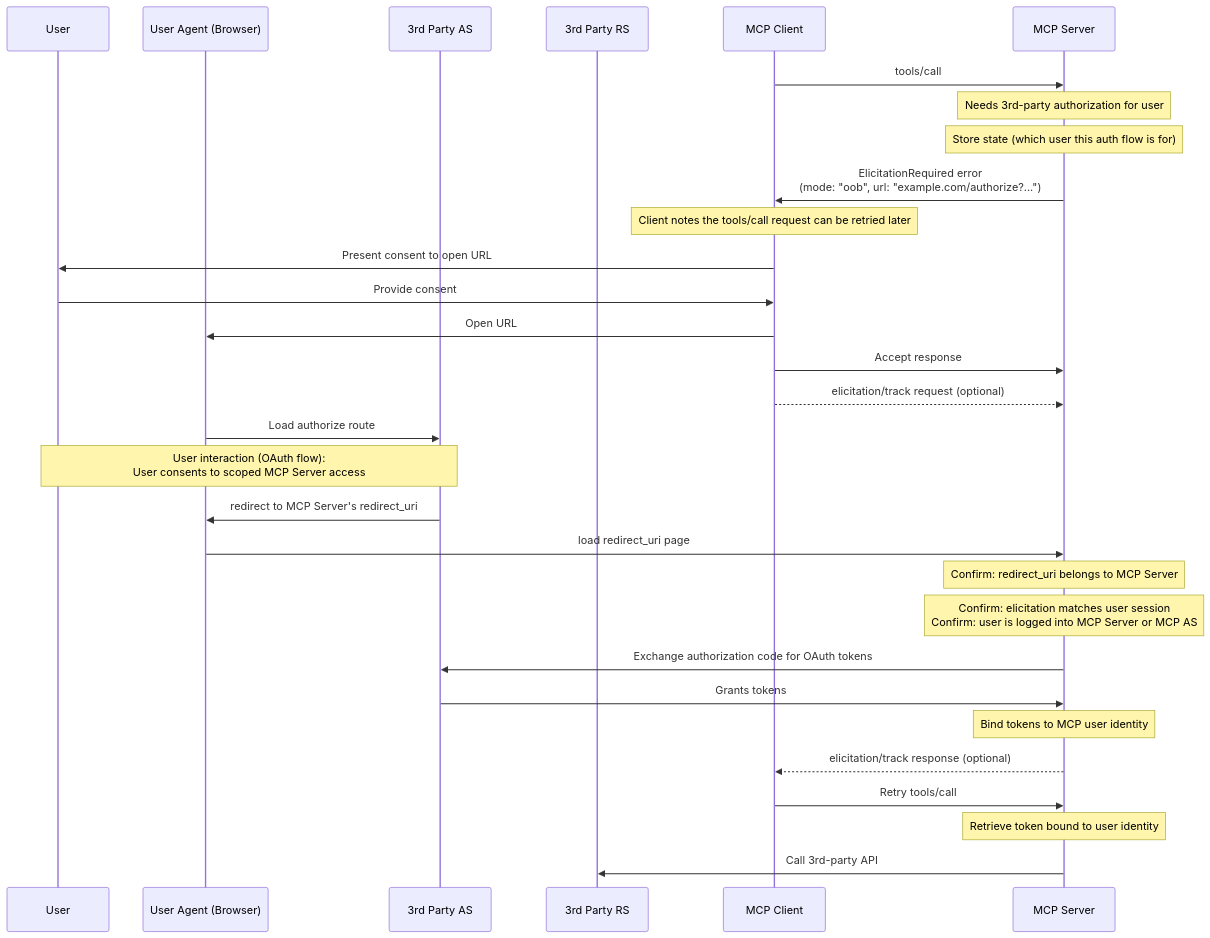
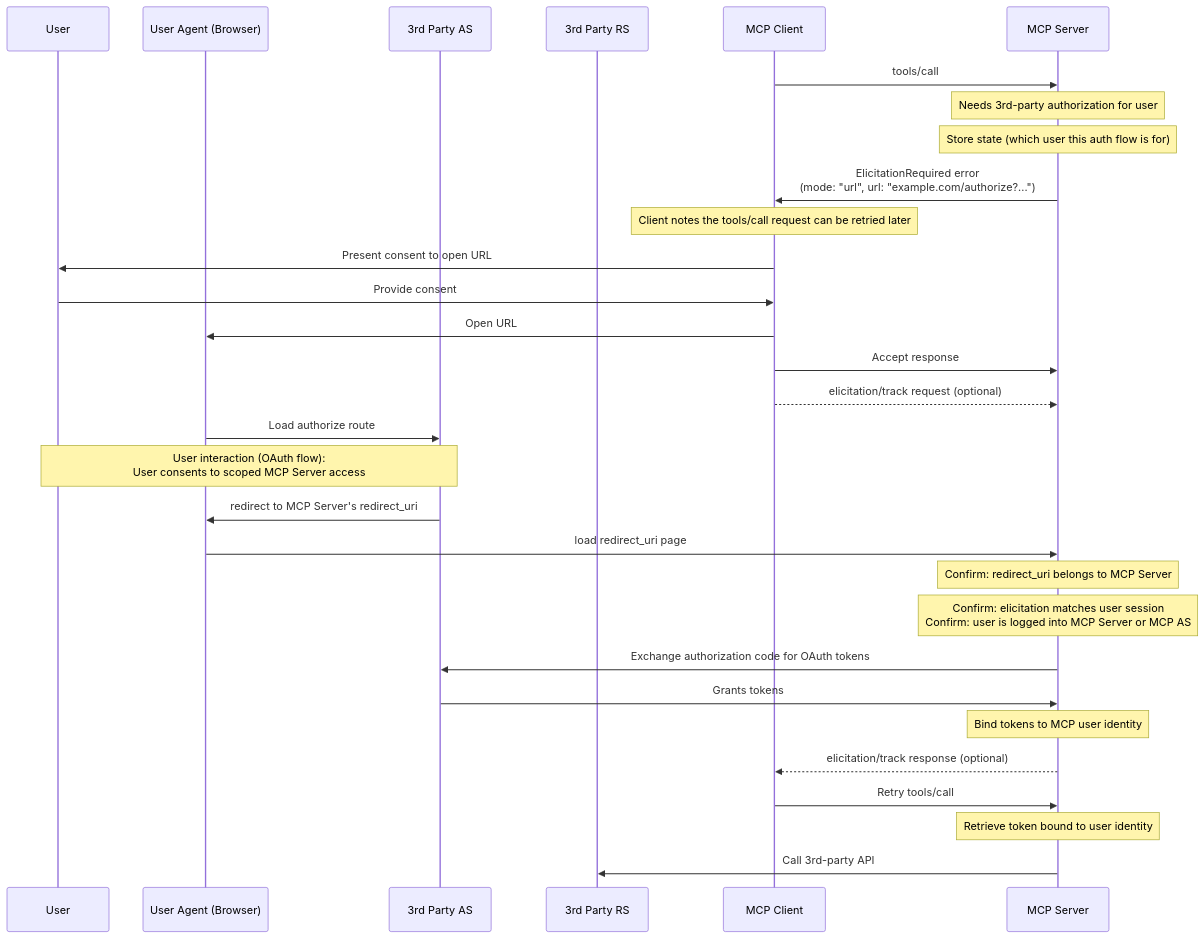
The fourth of 4 diagrams in docs/specification/draft/client/elicitation.mdx (modelcontextprotocol/specification), drawn with Mermaid before and after one commit. The commit also changed other lines of this file and 5 other files, not shown here.

Commit message:
Change oob to url

````diff
--- a/docs/specification/draft/client/elicitation.mdx
+++ b/docs/specification/draft/client/elicitation.mdx
@@ -618,33 +618,33 @@
 ```mermaid
 sequenceDiagram
     participant User
     participant UserAgent as User Agent (Browser)
     participant 3AS as 3rd Party AS
     participant 3RS as 3rd Party RS
     participant Client as MCP Client
     participant Server as MCP Server
 
     Client->>Server: tools/call
     Note over Server: Needs 3rd-party authorization for user
     Note over Server: Store state (which user this auth flow is for)
-    Server->>Client: ElicitationRequired error<br> (mode: "oob", url: "example.com/authorize?...")
+    Server->>Client: ElicitationRequired error<br> (mode: "url", url: "example.com/authorize?...")
     Note over Client: Client notes the tools/call request can be retried later
     Client->>User: Present consent to open URL
     User->>Client: Provide consent
     Client->>UserAgent: Open URL
     Client->>Server: Accept response
     Client-->>Server: elicitation/track request (optional)
     UserAgent->>3AS: Load authorize route
     Note over 3AS,User: User interaction (OAuth flow):<br>User consents to scoped MCP Server access
     3AS->>UserAgent: redirect to MCP Server's redirect_uri
     UserAgent->>Server: load redirect_uri page
     Note over Server: Confirm: redirect_uri belongs to MCP Server
     Note over Server: Confirm: elicitation matches user session<br>Confirm: user is logged into MCP Server or MCP AS
     Server->>3AS: Exchange authorization code for  OAuth tokens
     3AS->>Server: Grants tokens
     Note over Server: Bind tokens to MCP user identity
     Server-->>Client: elicitation/track response (optional)
     Client->>Server: Retry tools/call
     Note over Server: Retrieve token bound to user identity
     Server->>3RS: Call 3rd-party API
 ```
````
